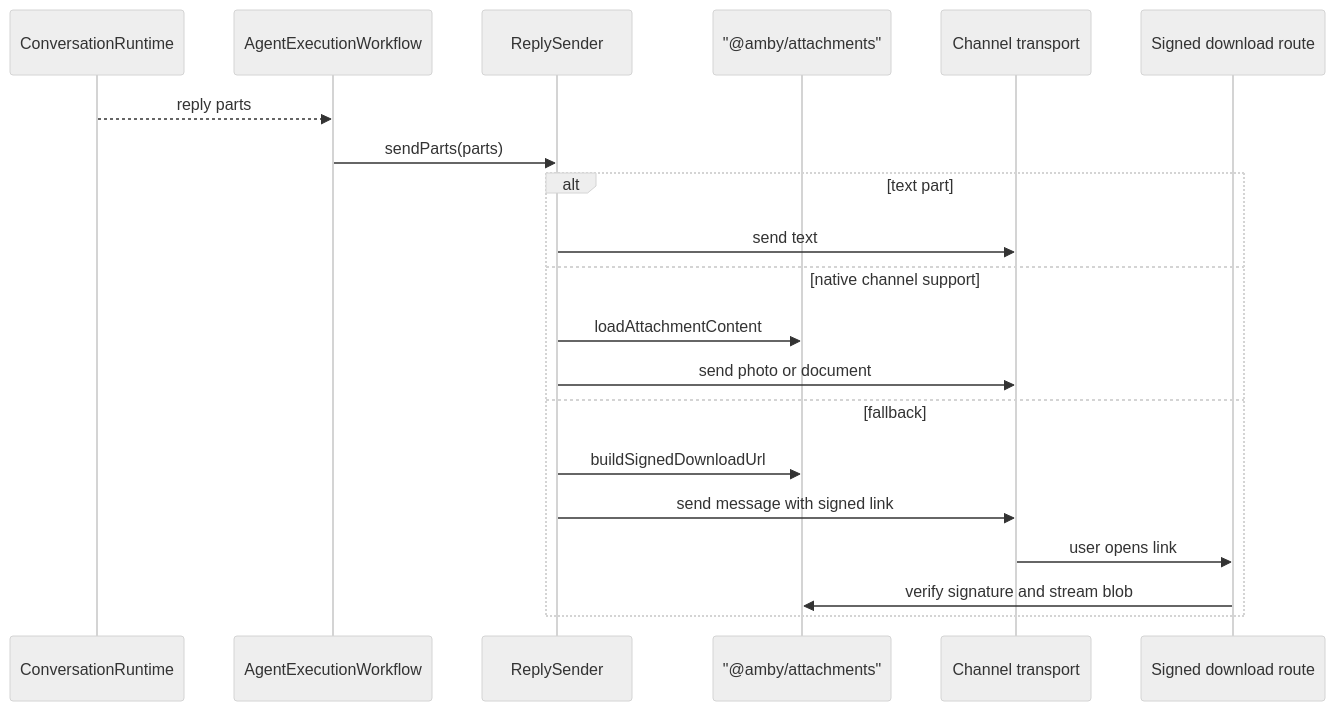
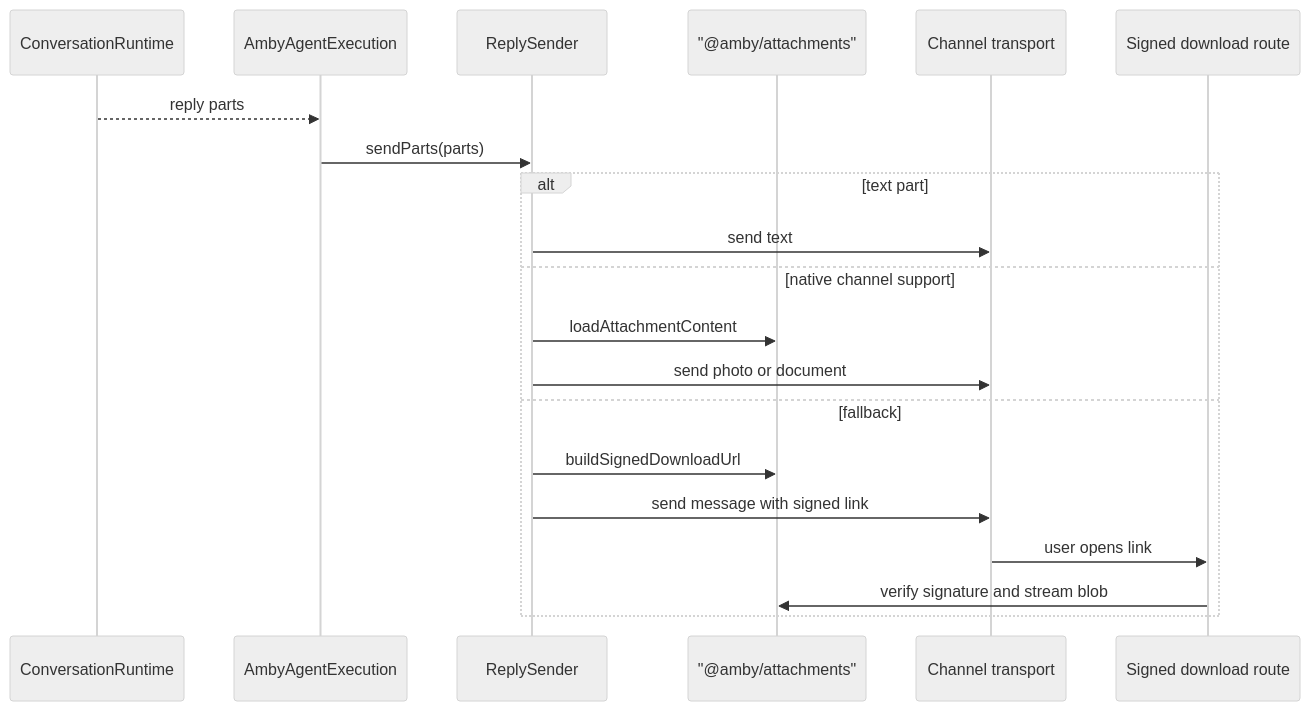
One commit to punitarani/amby changed the fifth of 5 diagrams in docs/chat/attachments.md. Above: the diagram before and after it, drawn with Mermaid (neutral theme). The commit also changed other lines of this file and 17 other files, not shown here.

````diff
--- a/docs/chat/attachments.md
+++ b/docs/chat/attachments.md
@@ -349,23 +349,23 @@
 ```mermaid
 sequenceDiagram
     participant AG as ConversationRuntime
-    participant WF as AgentExecutionWorkflow
+    participant WF as AmbyAgentExecution
     participant SEND as ReplySender
     participant ATT as "@amby/attachments"
     participant CH as Channel transport
     participant API as Signed download route
 
     AG-->>WF: reply parts
     WF->>SEND: sendParts(parts)
     alt text part
         SEND->>CH: send text
     else native channel support
         SEND->>ATT: loadAttachmentContent
         SEND->>CH: send photo or document
     else fallback
         SEND->>ATT: buildSignedDownloadUrl
         SEND->>CH: send message with signed link
         CH->>API: user opens link
         API->>ATT: verify signature and stream blob
     end
 ```
````
